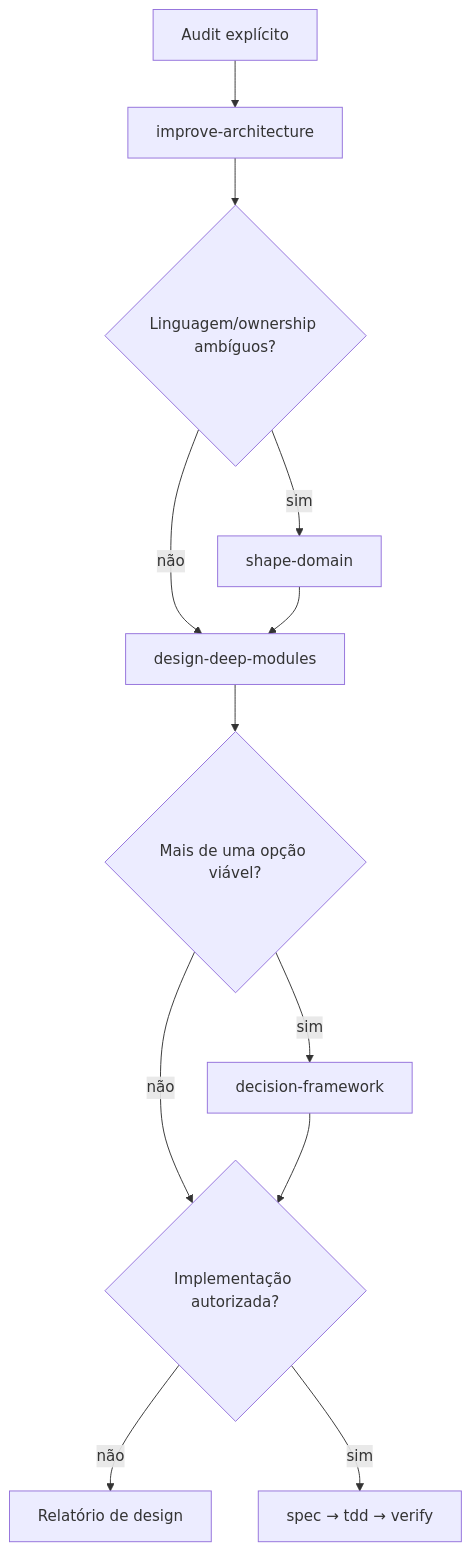
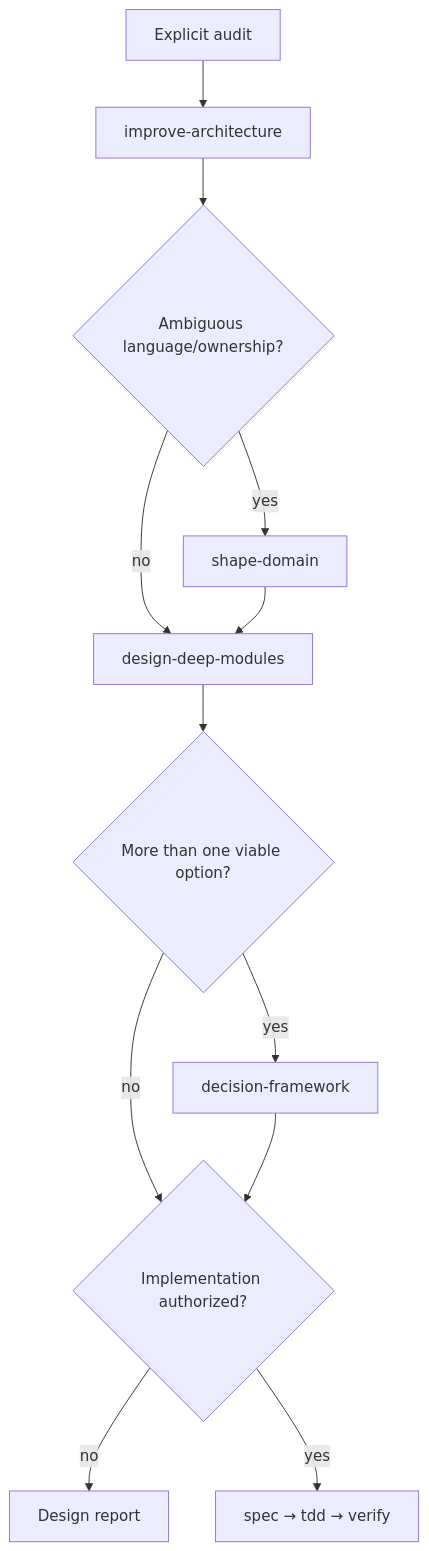
One commit to woliveiras/baseline changed the second of 3 diagrams in docs/internal/audit/2026-08-06-tuxedo-repository-audit/04-skills-agents-and-documentation.md. Above: the diagram before and after it, drawn with Mermaid. The commit also changed other lines of this file and 13 other files, not shown here.

````diff
--- a/docs/internal/audit/2026-08-06-tuxedo-repository-audit/04-skills-agents-and-documentation.md
+++ b/docs/internal/audit/2026-08-06-tuxedo-repository-audit/04-skills-agents-and-documentation.md
@@ -91,14 +91,14 @@
 ```mermaid
 flowchart TD
-    U["Audit explícito"] --> I["improve-architecture"]
-    I --> L{"Linguagem/ownership ambíguos?"}
-    L -->|sim| S["shape-domain"]
-    L -->|não| B["design-deep-modules"]
+    U["Explicit audit"] --> I["improve-architecture"]
+    I --> L{"Ambiguous language/ownership?"}
+    L -->|yes| S["shape-domain"]
+    L -->|no| B["design-deep-modules"]
     S --> B
-    B --> O{"Mais de uma opção viável?"}
-    O -->|sim| D["decision-framework"]
-    O -->|não| A{"Implementação autorizada?"}
+    B --> O{"More than one viable option?"}
+    O -->|yes| D["decision-framework"]
+    O -->|no| A{"Implementation authorized?"}
     D --> A
-    A -->|não| R["Relatório de design"]
-    A -->|sim| P["spec → tdd → verify"]
+    A -->|no| R["Design report"]
+    A -->|yes| P["spec → tdd → verify"]
 ```
````
